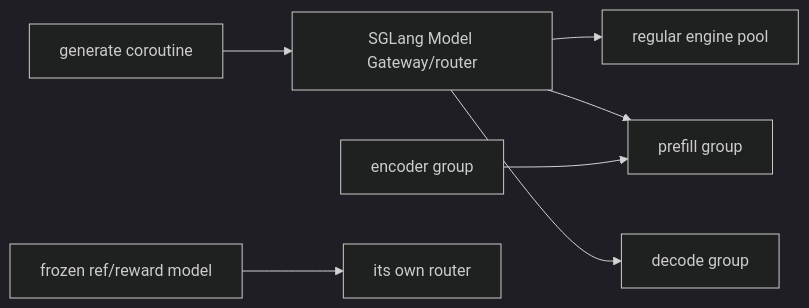
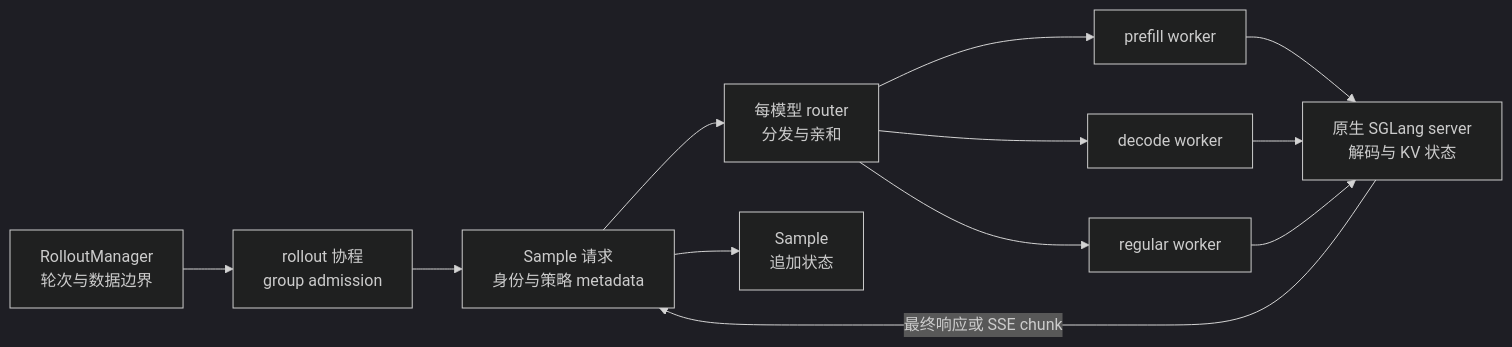
The diagram in wiki/02_engineering/04_posttrain_frameworks/slime/13_slime_sglang_rollout_engine_analysis.md (suhaibo666/llm-knowledge), drawn with Mermaid (dark theme) before and after one commit. The commit also changed other lines of this file and 2 other files, not shown here.

Commit message:
docs: clarify slime control and engine ownership

````diff
--- a/wiki/02_engineering/04_posttrain_frameworks/slime/13_slime_sglang_rollout_engine_analysis.md
+++ b/wiki/02_engineering/04_posttrain_frameworks/slime/13_slime_sglang_rollout_engine_analysis.md
@@ -11,9 +30,14 @@
 ```mermaid
 flowchart LR
-    G["generate coroutine"] --> R["SGLang Model Gateway/router"]
-    R --> A["regular engine pool"]
-    R --> P["prefill group"]
-    R --> D["decode group"]
-    E["encoder group"] --> P
-    F["frozen ref/reward model"] --> RF["its own router"]
+    RM["RolloutManager<br/>轮次与数据边界"] --> GL["rollout 协程<br/>group admission"]
+    GL --> RQ["Sample 请求<br/>身份与策略 metadata"]
+    RQ --> RT["每模型 router<br/>分发与亲和"]
+    RT --> PF["prefill worker"]
+    RT --> DC["decode worker"]
+    RT --> RG["regular worker"]
+    PF --> SG["原生 SGLang server<br/>解码与 KV 状态"]
+    DC --> SG
+    RG --> SG
+    SG -->|最终响应或 SSE chunk| RQ
+    RQ --> SM["Sample<br/>追加状态"]
 ```
````
